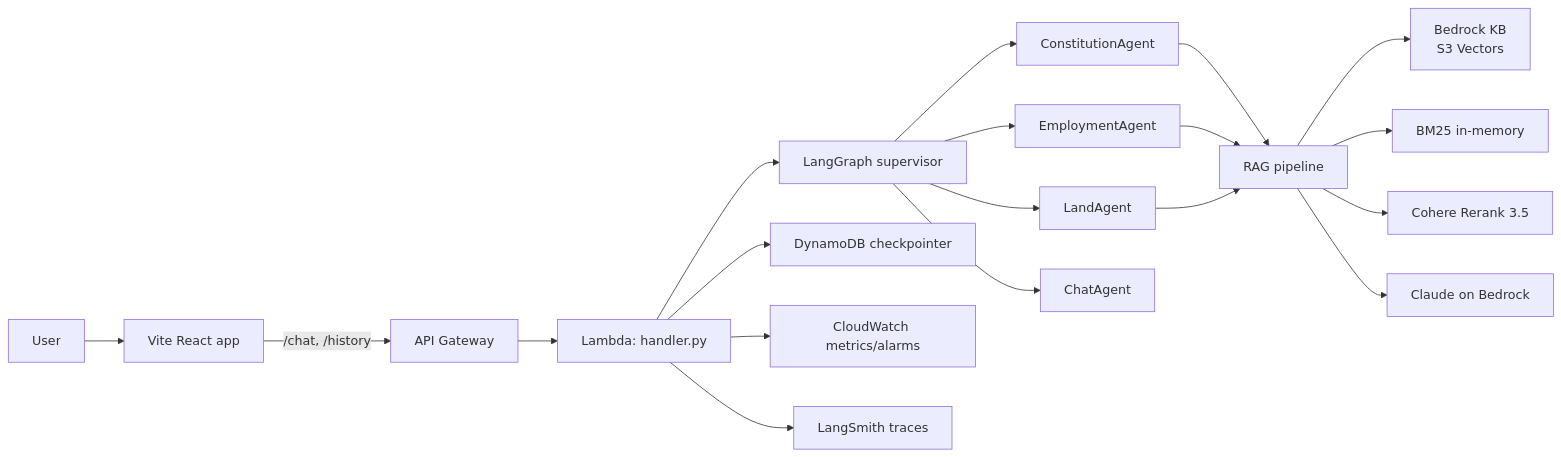
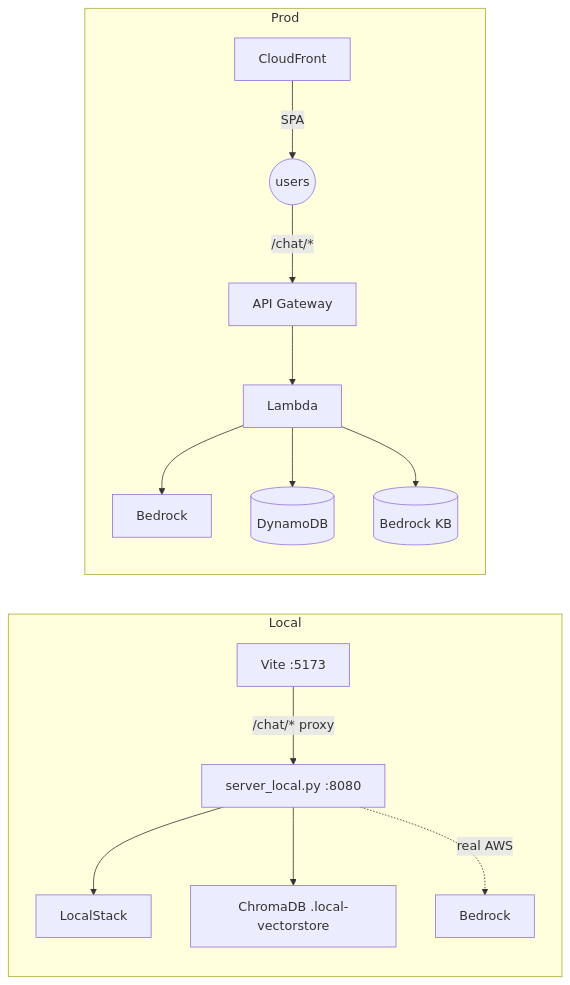
Before and after one commit to davenjeru/haki-ai: the third of 3 diagrams in README.md, drawn with Mermaid. The commit also changed other lines of this file and 3 other files, not shown here.

````diff
--- a/README.md
+++ b/README.md
@@ -62,19 +325,24 @@
 ```mermaid
 flowchart LR
-  U[User] --> F[Vite React app]
-  F -->|/chat, /history| G[API Gateway]
-  G --> L[Lambda: handler.py]
-  L --> LG[LangGraph supervisor]
-  LG --> S1[ConstitutionAgent]
-  LG --> S2[EmploymentAgent]
-  LG --> S3[LandAgent]
-  LG --> CH[ChatAgent]
-  S1 & S2 & S3 --> RAG[RAG pipeline]
-  RAG --> KB[Bedrock KB<br/>S3 Vectors]
-  RAG --> BM[BM25 in-memory]
-  RAG --> RR[Cohere Rerank 3.5]
-  RAG --> GEN[Claude on Bedrock]
-  L --> DDB[DynamoDB checkpointer]
-  L --> CW[CloudWatch metrics/alarms]
-  L --> LS[LangSmith traces]
+  subgraph Local
+    ls[LocalStack]
+    ch[ChromaDB .local-vectorstore]
+    sl[server_local.py :8080]
+    vd[Vite :5173]
+    vd -->|/chat/* proxy| sl
+    sl --> ls
+    sl --> ch
+    sl -.->|real AWS| br1[Bedrock]
+  end
+
+  subgraph Prod
+    cf[CloudFront]
+    ag[API Gateway]
+    lam[Lambda]
+    cf -->|SPA| users((users))
+    users -->|/chat/*| ag --> lam
+    lam --> br2[Bedrock]
+    lam --> awsddb[(DynamoDB)]
+    lam --> awskb[(Bedrock KB)]
+  end
 ```
````
